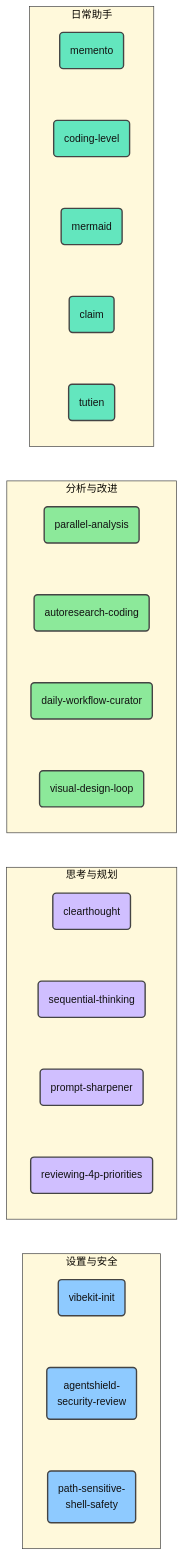
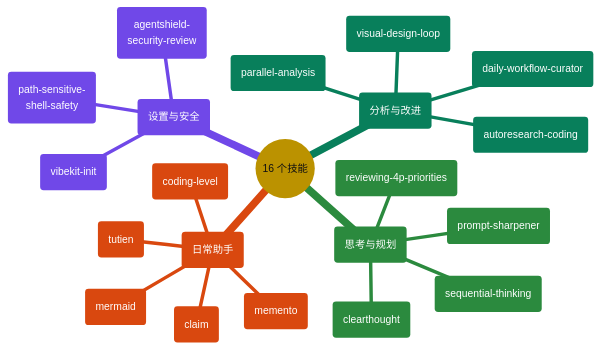
One commit to giang6283623/minimal-vibe-coding-kit changed the fifth of 6 diagrams in docs/README.zh-CN.md. Above: the diagram before and after it, drawn with Mermaid. The commit also changed 2 other files, not shown here.

Commit message:
fix mermaid Skills

````diff
--- a/docs/README.zh-CN.md
+++ b/docs/README.zh-CN.md
@@ -344,40 +344,57 @@
 ```mermaid
 ---
 config:
   theme: base
+  themeCSS: >-
+    .mindmap-node:not(.section-root):not(.section--1) text,
+    .mindmap-node:not(.section-root):not(.section--1) tspan
+    { fill: #FFFFFF !important; }
+    .mindmap-node:not(.section-root):not(.section--1) div,
+    .mindmap-node:not(.section-root):not(.section--1) span,
+    .mindmap-node:not(.section-root):not(.section--1) p
+    { color: #FFFFFF !important; }
   themeVariables:
+    darkMode: false
     fontFamily: cascadia mono, consolas, noto sans mono, menlo, monospace
     fontSize: 15px
-    lineColor: "#444444"
+    lineColor: "#888888"
     textColor: "#111111"
-    clusterBkg: "#FFF9DB"
-    clusterBorder: "#444444"
+    primaryColor: "#FFD43B"
+    primaryTextColor: "#111111"
+    primaryBorderColor: "#444444"
+    cScale0: "#1971C2"
+    cScale1: "#7048E8"
+    cScale2: "#2B8A3E"
+    cScale3: "#087F5B"
+    cScale4: "#D9480F"
+    cScale5: "#C2255C"
+    cScaleLabel0: "#FFFFFF"
+    cScaleLabel1: "#FFFFFF"
+    cScaleLabel2: "#FFFFFF"
+    cScaleLabel3: "#FFFFFF"
+    cScaleLabel4: "#FFFFFF"
+    cScaleLabel5: "#FFFFFF"
 ---
-flowchart LR
-    subgraph SetupCat["设置与安全"]
-        direction TB
-        S1("vibekit-init") ~~~ S2("agentshield-<br/>security-review") ~~~ S3("path-sensitive-<br/>shell-safety")
-    end
-    subgraph ThinkCat["思考与规划"]
-        direction TB
-        T1("clearthought") ~~~ T2("sequential-thinking") ~~~ T3("prompt-sharpener") ~~~ T4("reviewing-4p-priorities")
-    end
-    subgraph AnalyzeCat["分析与改进"]
-        direction TB
-        A1("parallel-analysis") ~~~ A2("autoresearch-coding") ~~~ A3("daily-workflow-curator") ~~~ A4("visual-design-loop")
-    end
-    subgraph HelperCat["日常助手"]
-        direction TB
-        H1("memento") ~~~ H2("coding-level") ~~~ H3("mermaid") ~~~ H4("claim") ~~~ H5("tutien")
-    end
-
-    classDef step fill:#8ECAFF,stroke:#444444,stroke-width:2px,color:#111111
-    classDef accent fill:#D0BFFF,stroke:#444444,stroke-width:2px,color:#111111
-    classDef success fill:#8CE99A,stroke:#444444,stroke-width:2px,color:#111111
-    classDef data fill:#63E6BE,stroke:#444444,stroke-width:2px,color:#111111
-
-    class S1,S2,S3 step
-    class T1,T2,T3,T4 accent
-    class A1,A2,A3,A4 success
-    class H1,H2,H3,H4,H5 data
+mindmap
+  root(("16 个技能"))
+    setup("设置与安全")
+      s1("vibekit-init")
+      s2("agentshield-<br/>security-review")
+      s3("path-sensitive-<br/>shell-safety")
+    think("思考与规划")
+      t1("clearthought")
+      t2("sequential-thinking")
+      t3("prompt-sharpener")
+      t4("reviewing-4p-priorities")
+    analyze("分析与改进")
+      a1("parallel-analysis")
+      a2("autoresearch-coding")
+      a3("daily-workflow-curator")
+      a4("visual-design-loop")
+    helpers("日常助手")
+      h1("memento")
+      h2("coding-level")
+      h3("mermaid")
+      h4("claim")
+      h5("tutien")
 ```
````
